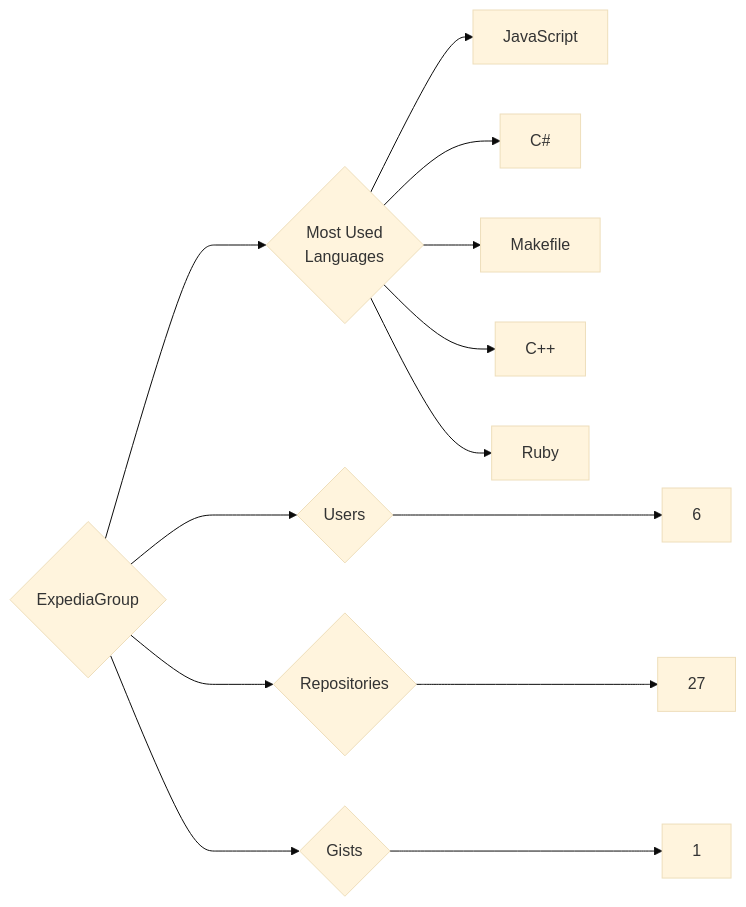
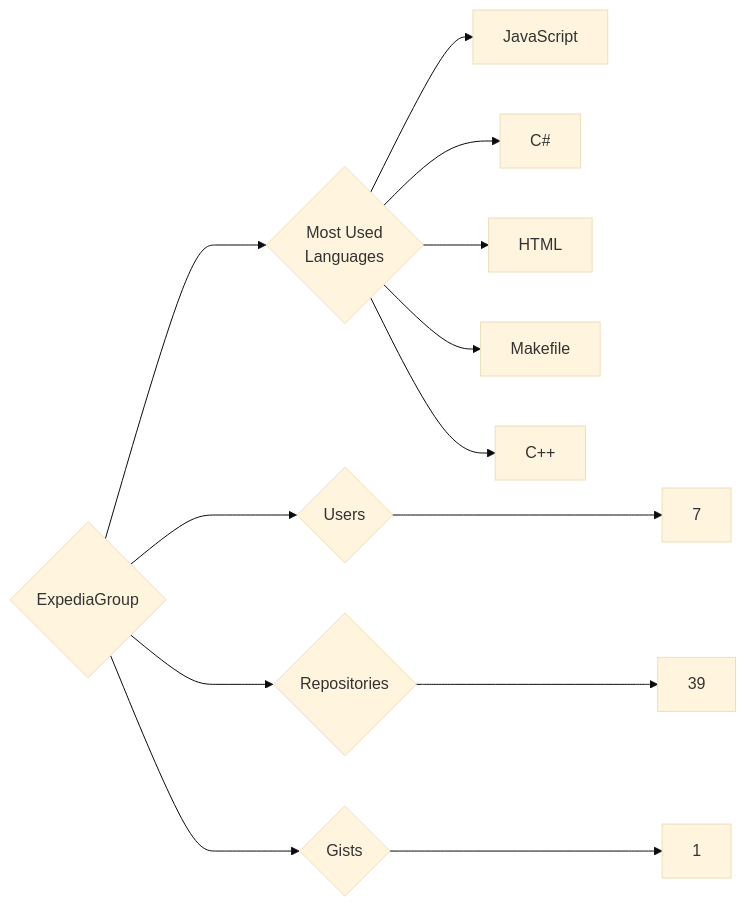
Before and after one commit to trickest/insiders: the diagram in targets/ExpediaGroup/README.md, drawn with Mermaid (base theme). The commit also changed 985 other files, not shown here.

````diff
--- a/targets/ExpediaGroup/README.md
+++ b/targets/ExpediaGroup/README.md
@@ -3,13 +3,13 @@
 ```mermaid
 graph LR
 COMPANY_NAME{ExpediaGroup}
-COMPANY_NAME ---> U{Users} ---> UN[6]
-COMPANY_NAME ---> R{Repositories} ---> RN[27]
+COMPANY_NAME ---> U{Users} ---> UN[7]
+COMPANY_NAME ---> R{Repositories} ---> RN[39]
 COMPANY_NAME ---> G{Gists} ---> GN[1]
 COMPANY_NAME ---> ML{Most Used<br>Languages}
 ML --> JavaScript[JavaScript]
 ML --> C#[C#]
+ML --> HTML[HTML]
 ML --> Makefile[Makefile]
 ML --> C++[C++]
-ML --> Ruby[Ruby]
 ```
````
